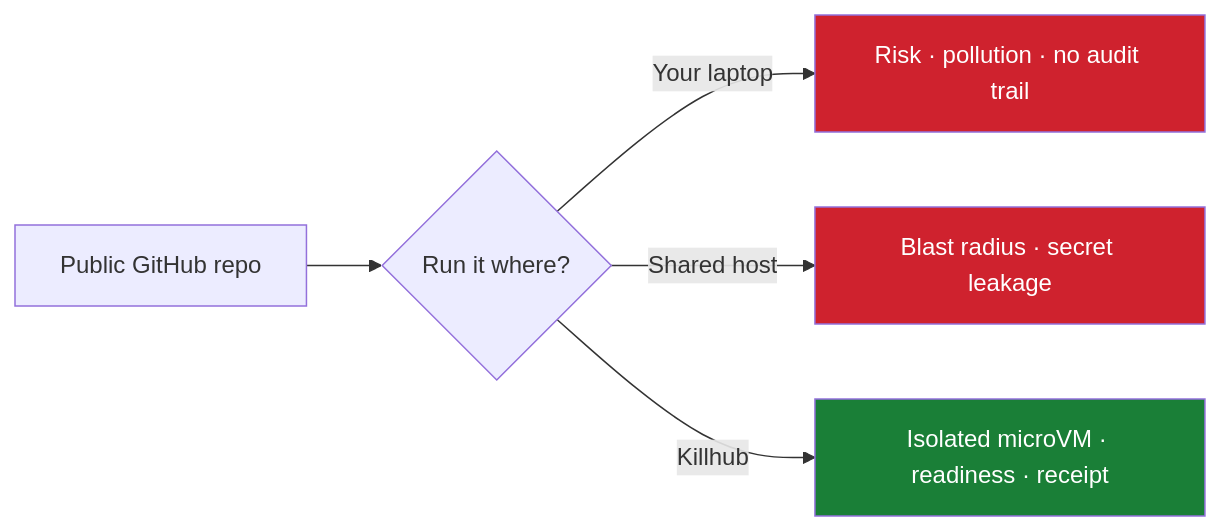
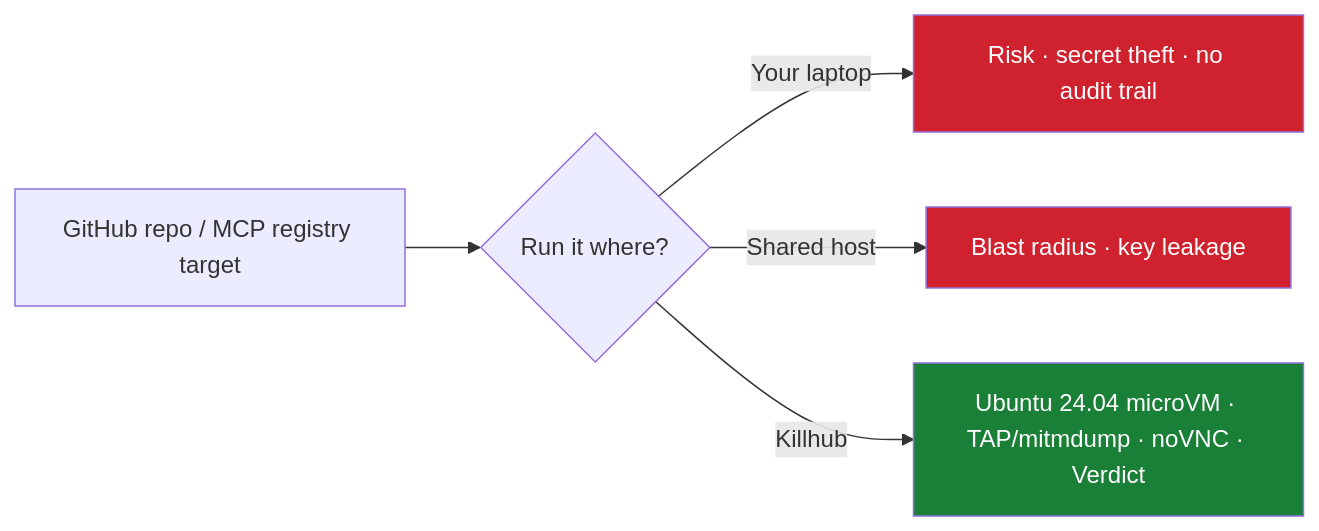
Before and after one commit to ludvigodin/killhub: the first of 4 diagrams in README.md, drawn with Mermaid. The commit also changed other lines of this file and 35 other files, not shown here.

````diff
--- a/README.md
+++ b/README.md
@@ -15,10 +15,10 @@
 ```mermaid
 flowchart LR
-  A["Public GitHub repo"] --> B{"Run it where?"}
-  B -->|"Your laptop"| C["Risk · pollution · no audit trail"]
-  B -->|"Shared host"| D["Blast radius · secret leakage"]
-  B -->|"Killhub"| E["Isolated microVM · readiness · receipt"]
+  A["GitHub repo / MCP registry target"] --> B{"Run it where?"}
+  B -->|"Your laptop"| C["Risk · secret theft · no audit trail"]
+  B -->|"Shared host"| D["Blast radius · key leakage"]
+  B -->|"Killhub"| E["Ubuntu 24.04 microVM · TAP/mitmdump · noVNC · Verdict"]
   style E fill:#1a7f37,color:#fff
   style C fill:#cf222e,color:#fff
   style D fill:#cf222e,color:#fff
 ```
````
